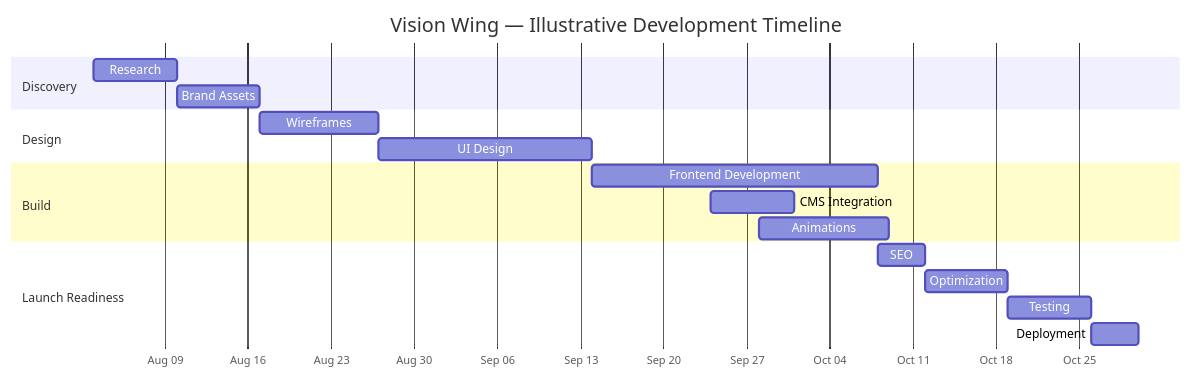
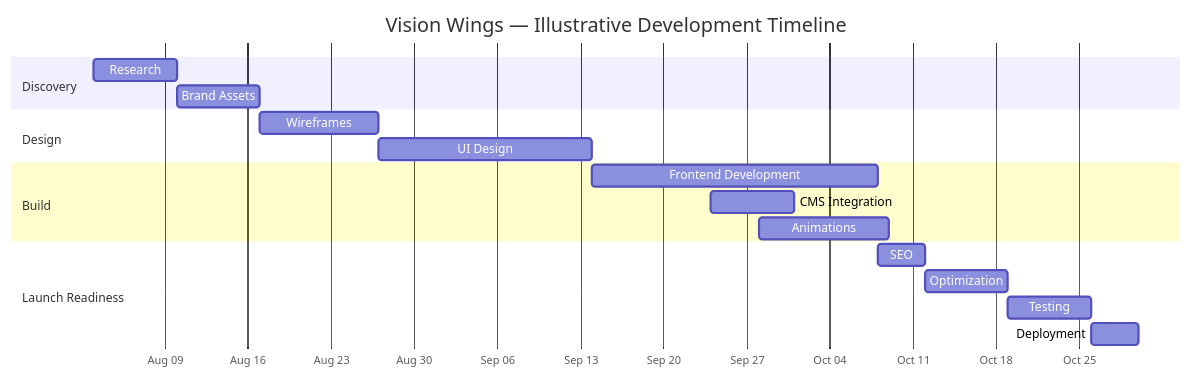
Before and after one commit to infovisionwings-beep/Vision-Wings-Marketing: the diagram in Phases.md, drawn with Mermaid. The commit also changed other lines of this file and 12 other files, not shown here.

Commit message:
chore: rename Vision Wing to Vision Wings globally

````diff
--- a/Phases.md
+++ b/Phases.md
@@ -34,25 +34,25 @@
 ```mermaid
 gantt
-    title Vision Wing — Illustrative Development Timeline
+    title Vision Wings — Illustrative Development Timeline
     dateFormat YYYY-MM-DD
     axisFormat %b %d
 
     section Discovery
     Research                :p1, 2026-08-03, 7d
     Brand Assets             :p2, after p1, 7d
 
     section Design
     Wireframes               :p3, after p2, 10d
     UI Design                :p4, after p3, 18d
 
     section Build
     Frontend Development     :p5, after p4, 24d
     CMS Integration          :p7, 2026-09-24, 7d
     Animations               :p6, 2026-09-28, 11d
 
     section Launch Readiness
     SEO                      :p8, after p5, 4d
     Optimization              :p9, after p8, 7d
     Testing                   :p10, after p9, 7d
     Deployment                 :p11, after p10, 4d
 ```
````
